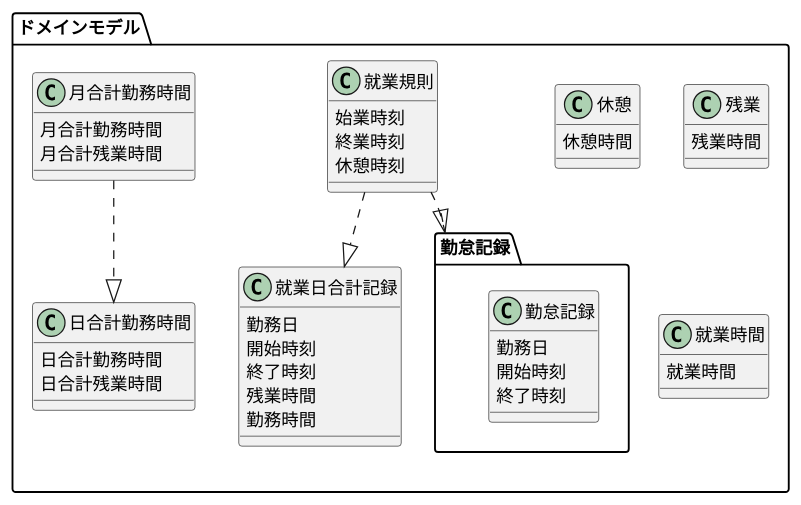
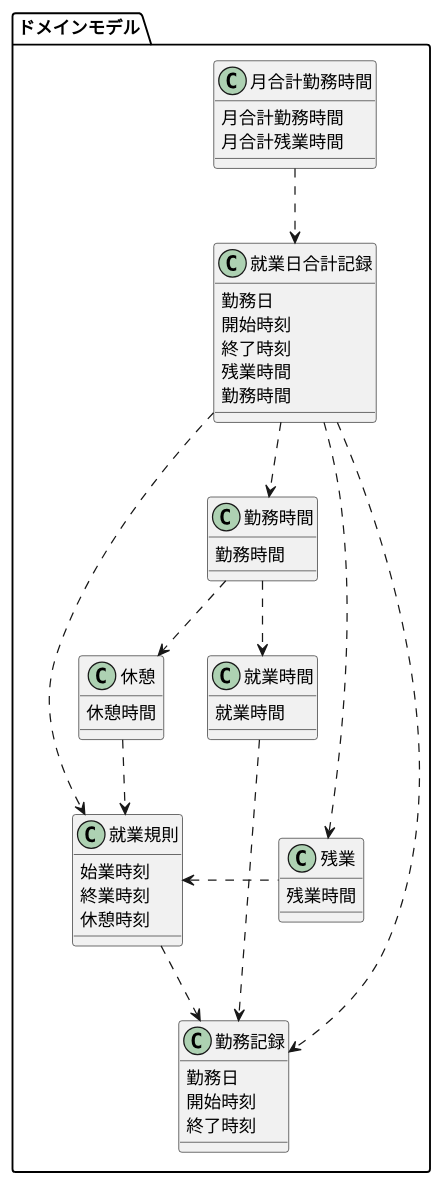
One commit to biglobe-isp/kintai changed the diagram in Kmodel.puml. Above: the diagram before and after it, drawn with PlantUML.

Commit message:
クラス図修正

```diff
--- a/Kmodel.puml
+++ b/Kmodel.puml
@@ -1,48 +1,48 @@
 @startuml kintaiD
 package ドメインモデル{
-    package 勤怠記録{
-        class 勤怠記録{
-            勤務日
-            開始時刻
-            終了時刻
-
-        }
+    class 勤務記録{
+        勤務日
+        開始時刻
+        終了時刻
     }
     class 就業規則{
         始業時刻
         終業時刻
         休憩時刻
     }
     class 休憩{
         休憩時間
     }
     class 残業{
         残業時間
     }
     class 就業時間{
         就業時間
     }
+    class 勤務時間{
+        勤務時間
+    }
     class 就業日合計記録{
         勤務日
         開始時刻
         終了時刻
         残業時間
         勤務時間
     }
     class 月合計勤務時間{
         月合計勤務時間
         月合計残業時間
     }
-    class 日合計勤務時間{
-        日合計勤務時間
-        日合計残業時間
-    }
-    
-    月合計勤務時間 ..|> 日合計勤務時間
-    就業規則  ..|> 勤怠記録
-    就業規則  ..|> 就業日合計記録
-    
+    就業規則  ..> 勤務記録
+    就業日合計記録..> 就業規則
+    月合計勤務時間 ..> 就業日合計記録
+    休憩 ..> 就業規則
+    残業 .left.> 就業規則
+    就業時間 ...> 勤務記録
+    勤務時間 ..> 休憩
+    勤務時間 ..>就業時間
+    就業日合計記録 ..>勤務時間
+    就業日合計記録 ..> 勤務記録
+    就業日合計記録 ..> 残業  
 }
-    
- 
 @enduml
```
